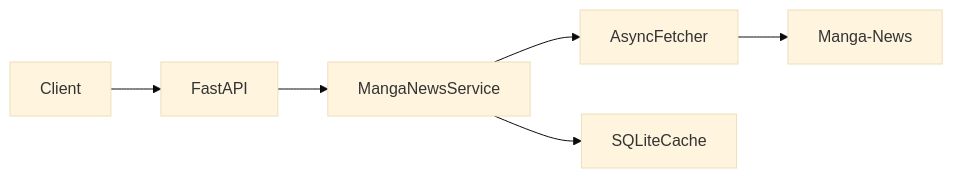
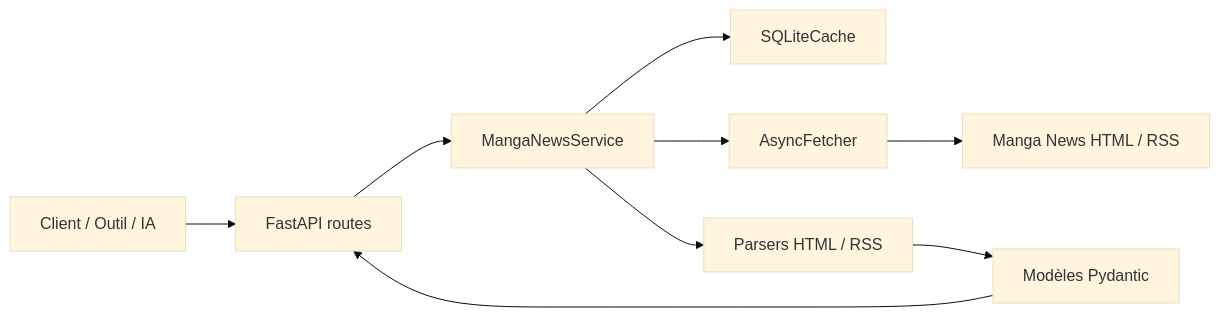
Before and after one commit to Hitman47/APIManga_News: the first of 2 diagrams in docs/ARCHITECTURE.md, drawn with Mermaid (base theme). The commit also changed other lines of this file and 21 other files, not shown here.

````diff
--- a/docs/ARCHITECTURE.md
+++ b/docs/ARCHITECTURE.md
@@ -5,8 +7,11 @@
 ```mermaid
 flowchart LR
-    Client --> API[FastAPI]
-    API --> Service[MangaNewsService]
-    Service --> Fetcher[AsyncFetcher]
-    Service --> Cache[SQLiteCache]
-    Fetcher --> MN[Manga-News]
+    C[Client / Outil / IA] --> A[FastAPI routes]
+    A --> B[MangaNewsService]
+    B --> D[SQLiteCache]
+    B --> E[AsyncFetcher]
+    E --> F[Manga News HTML / RSS]
+    B --> G[Parsers HTML / RSS]
+    G --> H[Modèles Pydantic]
+    H --> A
 ```
````
